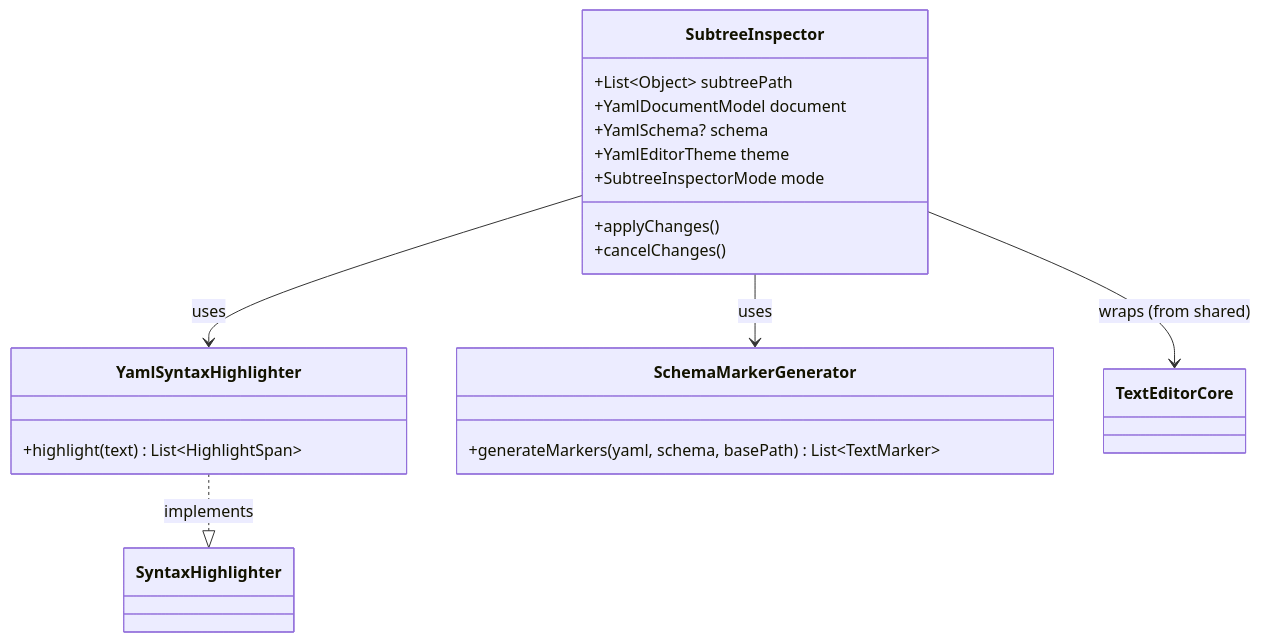
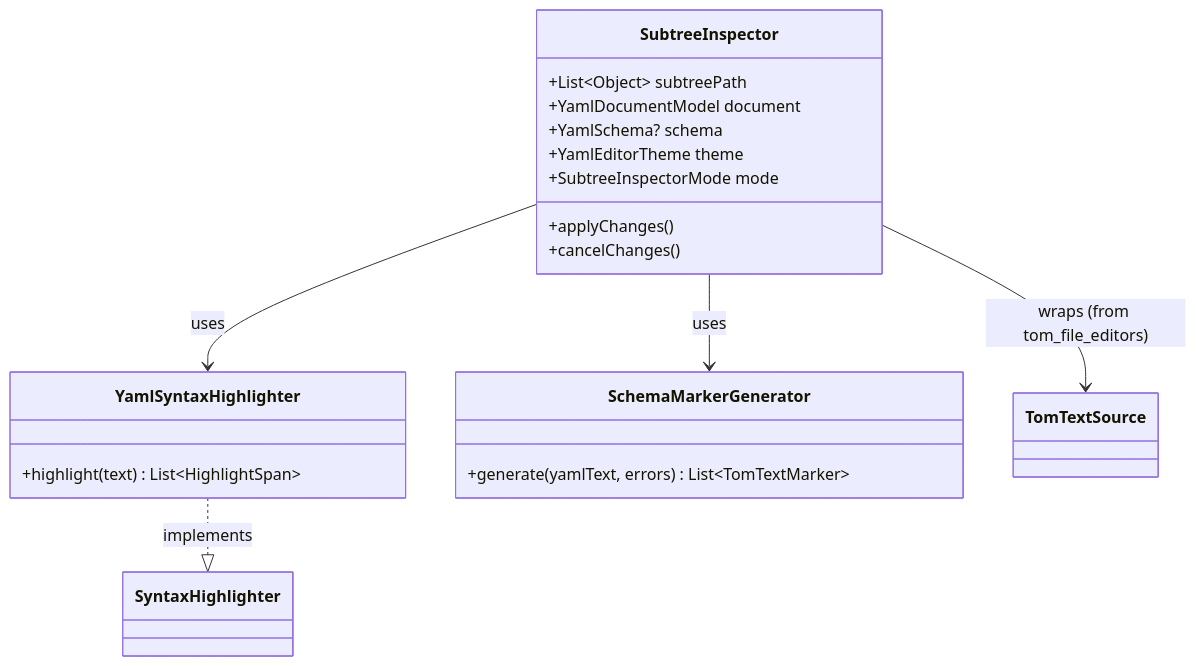
One commit to al-the-bear/tom_forge_modules changed the ninth of 19 diagrams in tom_yaml_editor/doc/yaml_editor_architecture_design.md. Above: the diagram before and after it, drawn with Mermaid. The commit also changed other lines of this file and 19 other files, not shown here.

First line of the commit message:
TextEditorCore goes: the YAML schema editor and inspector draw through TomTextSource (forgerestruct10, part A)

````diff
--- a/tom_yaml_editor/doc/yaml_editor_architecture_design.md
+++ b/tom_yaml_editor/doc/yaml_editor_architecture_design.md
@@ -471,25 +477,25 @@
 ```mermaid
 classDiagram
     class SubtreeInspector {
         +List~Object~ subtreePath
         +YamlDocumentModel document
         +YamlSchema? schema
         +YamlEditorTheme theme
         +SubtreeInspectorMode mode
         +applyChanges()
         +cancelChanges()
     }
 
     class YamlSyntaxHighlighter {
         +highlight(text) List~HighlightSpan~
     }
 
     class SchemaMarkerGenerator {
-        +generateMarkers(yaml, schema, basePath) List~TextMarker~
+        +generate(yamlText, errors) List~TomTextMarker~
     }
 
-    SubtreeInspector --> TextEditorCore : wraps (from shared)
+    SubtreeInspector --> TomTextSource : wraps (from tom_file_editors)
     SubtreeInspector --> YamlSyntaxHighlighter : uses
     SubtreeInspector --> SchemaMarkerGenerator : uses
     YamlSyntaxHighlighter ..|> SyntaxHighlighter : implements
 ```
````
